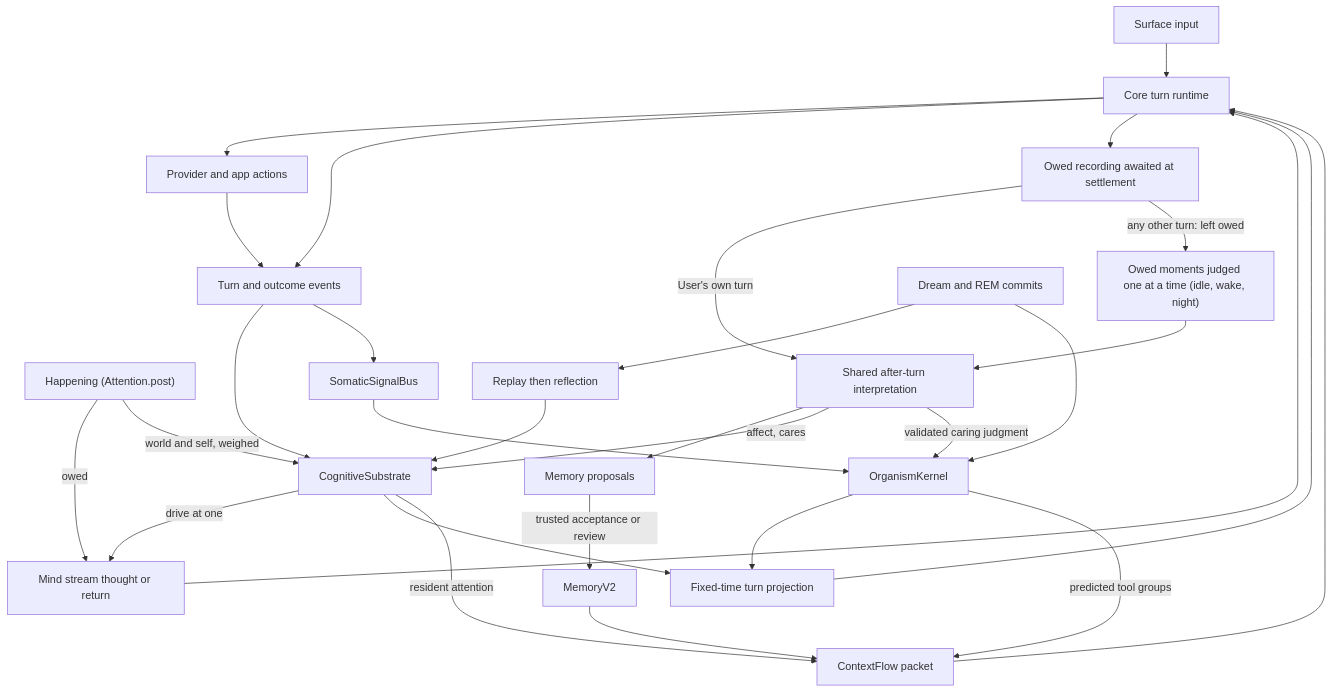
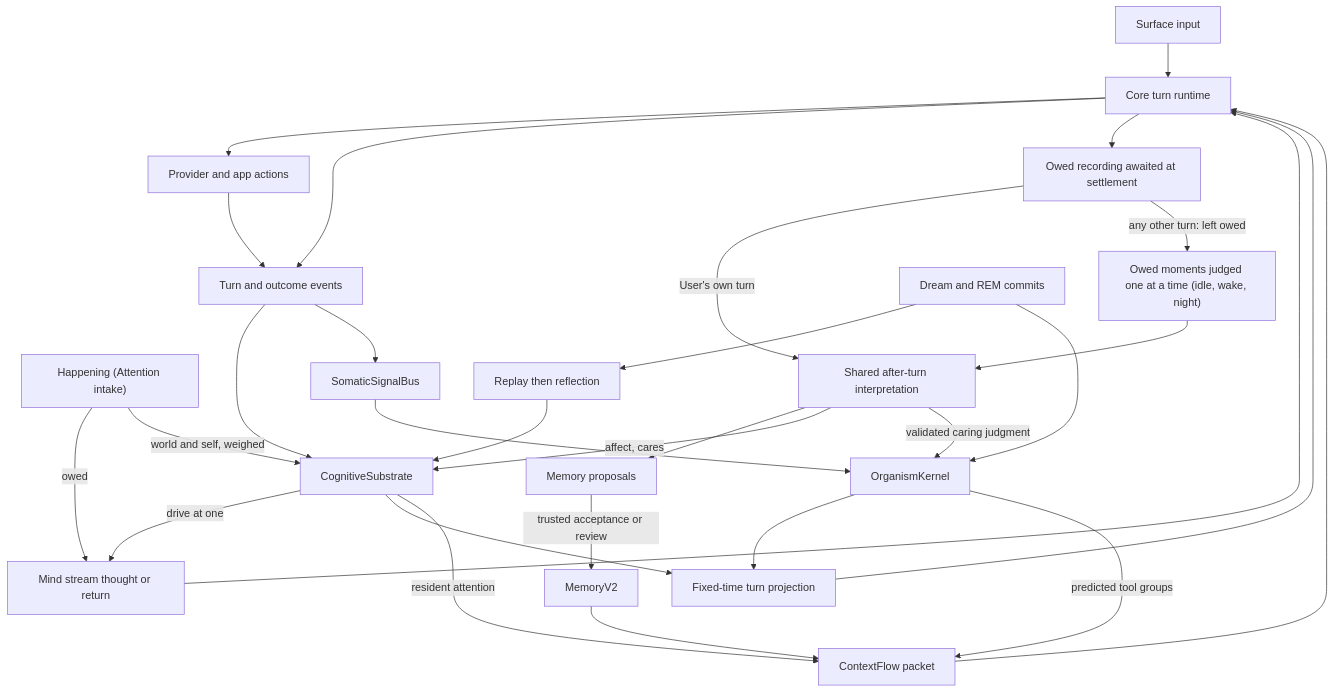
One commit to embwl0x/native-agent changed the diagram in docs/COGNITION_WIRING.md. Above: the diagram before and after it, drawn with Mermaid. The commit also changed other lines of this file and 1101 other files, not shown here.

````diff
--- a/docs/COGNITION_WIRING.md
+++ b/docs/COGNITION_WIRING.md
@@ -58,32 +58,32 @@
 ```mermaid
 flowchart TD
     S["Surface input"] --> T["Core turn runtime"]
-    H["Happening (Attention.post)"] -->|owed| MS["Mind stream thought or return"]
+    H["Happening (Attention intake)"] -->|owed| MS["Mind stream thought or return"]
     H -->|world and self, weighed| SUB
     SUB -->|drive at one| MS
     MS --> T
     M["MemoryV2"] --> C["ContextFlow packet"]
     C --> T
     T --> P["Provider and app actions"]
     T --> E["Turn and outcome events"]
     P --> E
     E --> SUB["CognitiveSubstrate"]
     E --> BUS["SomaticSignalBus"]
     BUS --> O["OrganismKernel"]
     T --> J["Owed recording awaited at settlement"]
     J -->|User's own turn| A["Shared after-turn interpretation"]
     J -->|any other turn: left owed| B["Owed moments judged one at a time (idle, wake, night)"]
     B --> A
     A --> Q["Memory proposals"]
     Q -->|trusted acceptance or review| M
     A -->|affect, cares| SUB
     A -->|validated caring judgment| O
     SUB --> F["Fixed-time turn projection"]
     O --> F
     F --> T
     SUB -->|resident attention| C
     O -->|predicted tool groups| C
     D["Dream and REM commits"] --> R["Replay then reflection"]
     R --> SUB
     D --> O
 ```
````
